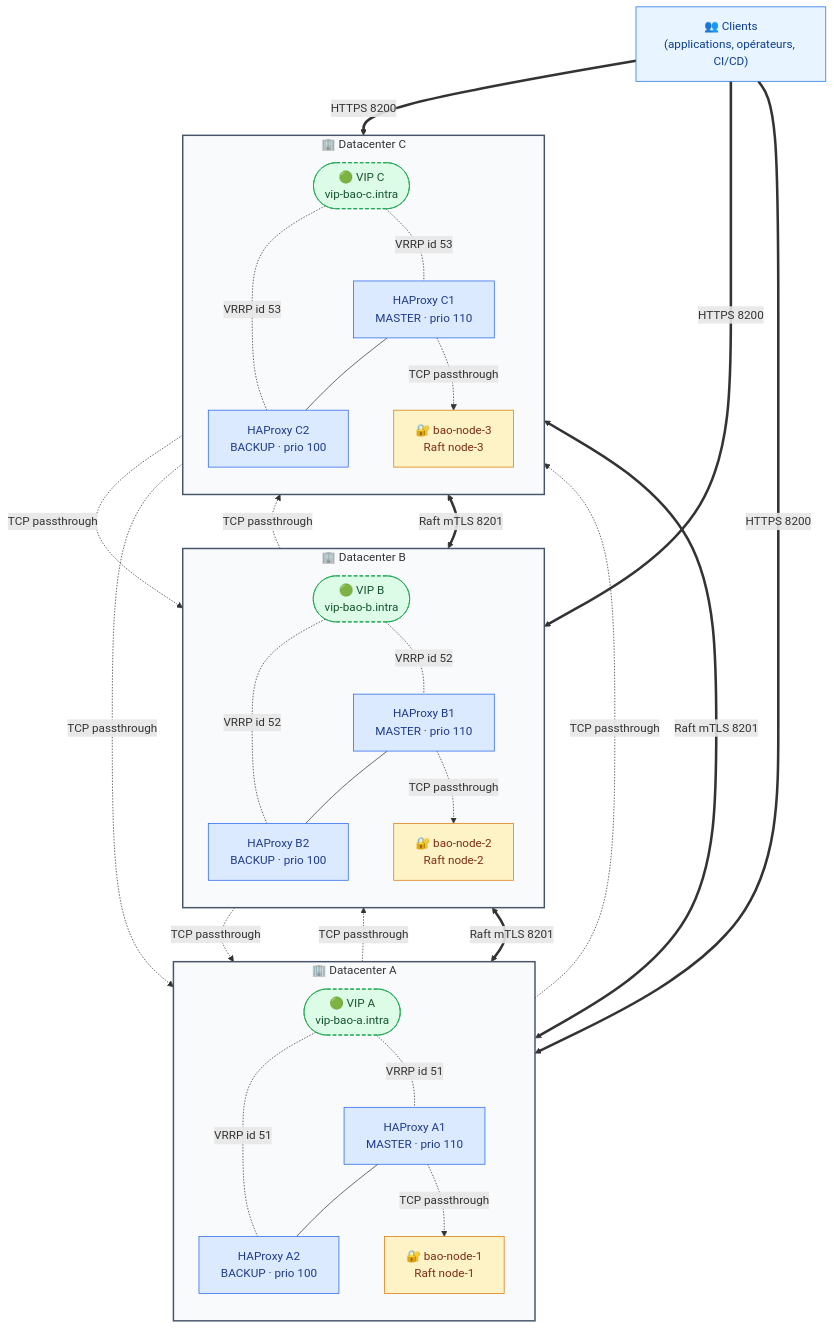
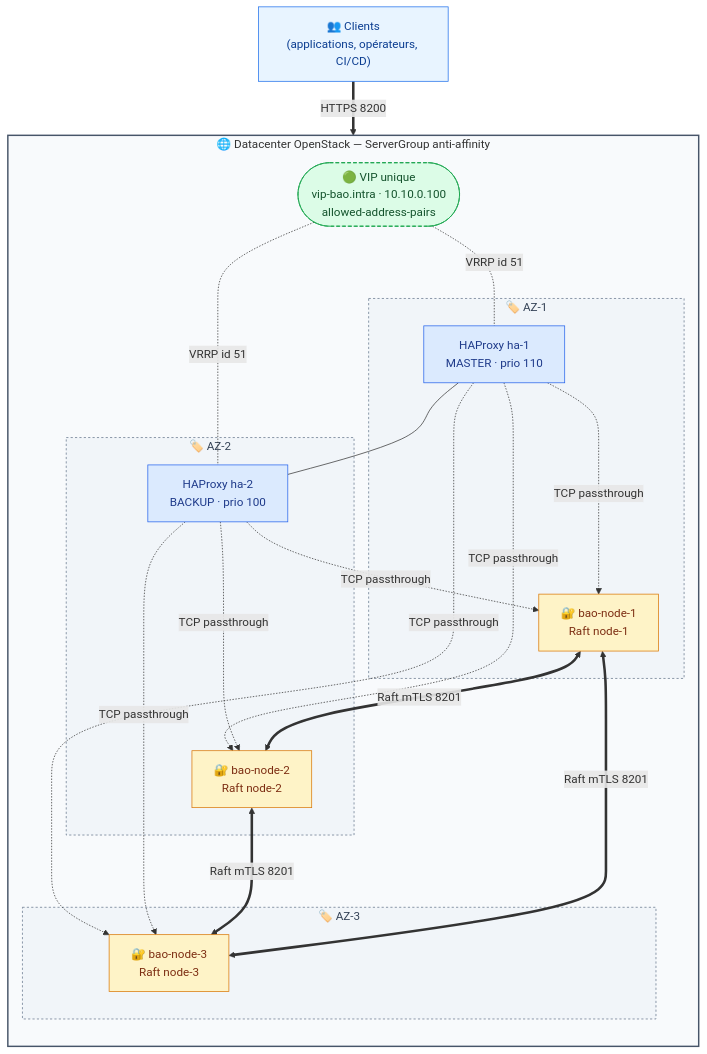
Before and after one commit to massinissa-boutrig/OpenBao: the diagram in openbao-ha/README.md, drawn with Mermaid. The commit also changed other lines of this file and 8 other files, not shown here.

First line of the commit message:
refactor: bascule mono-DC sur OpenStack (3 AZ anti-affinity)

````diff
--- a/openbao-ha/README.md
+++ b/openbao-ha/README.md
@@ -47,63 +47,50 @@
 ```mermaid
 flowchart TB
     classDef client fill:#e8f4ff,stroke:#1f6feb,color:#0b3d91
     classDef vip fill:#dcfce7,stroke:#16a34a,stroke-dasharray:5 3,color:#14532d
     classDef ha fill:#dbeafe,stroke:#2563eb,color:#1e3a8a
     classDef bao fill:#fef3c7,stroke:#d97706,color:#7c2d12
+    classDef az fill:#f1f5f9,stroke:#64748b,stroke-dasharray:3 3,color:#334155
     classDef dc fill:#f8fafc,stroke:#475569,stroke-width:2px
 
     Clients["👥 Clients<br/>(applications, opérateurs, CI/CD)"]:::client
 
-    subgraph DC_A ["🏢 Datacenter A"]
+    subgraph DC ["🌐 Datacenter OpenStack — ServerGroup anti-affinity"]
         direction TB
-        VIPA(["🟢 VIP A<br/>vip-bao-a.intra"]):::vip
-        HAA1["HAProxy A1<br/>MASTER · prio 110"]:::ha
-        HAA2["HAProxy A2<br/>BACKUP · prio 100"]:::ha
-        BAOA["🔐 bao-node-1<br/>Raft node-1"]:::bao
-        VIPA -.VRRP id 51.- HAA1
-        VIPA -.VRRP id 51.- HAA2
-        HAA1 --- HAA2
+        VIP(["🟢 VIP unique<br/>vip-bao.intra · 10.10.0.100<br/>allowed-address-pairs"]):::vip
+
+        subgraph AZ1 ["🏷️ AZ-1"]
+            HA1["HAProxy ha-1<br/>MASTER · prio 110"]:::ha
+            BAO1["🔐 bao-node-1<br/>Raft node-1"]:::bao
+        end
+
+        subgraph AZ2 ["🏷️ AZ-2"]
+            HA2["HAProxy ha-2<br/>BACKUP · prio 100"]:::ha
+            BAO2["🔐 bao-node-2<br/>Raft node-2"]:::bao
+        end
+
+        subgraph AZ3 ["🏷️ AZ-3"]
+            BAO3["🔐 bao-node-3<br/>Raft node-3"]:::bao
+        end
+
+        VIP -.VRRP id 51.- HA1
+        VIP -.VRRP id 51.- HA2
+        HA1 --- HA2
     end
 
-    subgraph DC_B ["🏢 Datacenter B"]
-        direction TB
-        VIPB(["🟢 VIP B<br/>vip-bao-b.intra"]):::vip
-        HAB1["HAProxy B1<br/>MASTER · prio 110"]:::ha
-        HAB2["HAProxy B2<br/>BACKUP · prio 100"]:::ha
-        BAOB["🔐 bao-node-2<br/>Raft node-2"]:::bao
-        VIPB -.VRRP id 52.- HAB1
-        VIPB -.VRRP id 52.- HAB2
-        HAB1 --- HAB2
-    end
+    class DC dc
+    class AZ1,AZ2,AZ3 az
 
-    subgraph DC_C ["🏢 Datacenter C"]
-        direction TB
-        VIPC(["🟢 VIP C<br/>vip-bao-c.intra"]):::vip
-        HAC1["HAProxy C1<br/>MASTER · prio 110"]:::ha
-        HAC2["HAProxy C2<br/>BACKUP · prio 100"]:::ha
-        BAOC["🔐 bao-node-3<br/>Raft node-3"]:::bao
-        VIPC -.VRRP id 53.- HAC1
-        VIPC -.VRRP id 53.- HAC2
-        HAC1 --- HAC2
-    end
+    Clients ==>|HTTPS 8200| VIP
 
-    class DC_A,DC_B,DC_C dc
+    HA1 -.TCP passthrough.-> BAO1
+    HA1 -.TCP passthrough.-> BAO2
+    HA1 -.TCP passthrough.-> BAO3
+    HA2 -.TCP passthrough.-> BAO1
+    HA2 -.TCP passthrough.-> BAO2
+    HA2 -.TCP passthrough.-> BAO3
 
-    Clients ==>|HTTPS 8200| VIPA
-    Clients ==>|HTTPS 8200| VIPB
-    Clients ==>|HTTPS 8200| VIPC
-
-    HAA1 -.TCP passthrough.-> BAOA
-    HAA1 -.TCP passthrough.-> BAOB
-    HAA1 -.TCP passthrough.-> BAOC
-    HAB1 -.TCP passthrough.-> BAOA
-    HAB1 -.TCP passthrough.-> BAOB
-    HAB1 -.TCP passthrough.-> BAOC
-    HAC1 -.TCP passthrough.-> BAOA
-    HAC1 -.TCP passthrough.-> BAOB
-    HAC1 -.TCP passthrough.-> BAOC
-
-    BAOA <==>|Raft mTLS 8201| BAOB
-    BAOB <==>|Raft mTLS 8201| BAOC
-    BAOA <==>|Raft mTLS 8201| BAOC
+    BAO1 <==>|Raft mTLS 8201| BAO2
+    BAO2 <==>|Raft mTLS 8201| BAO3
+    BAO1 <==>|Raft mTLS 8201| BAO3
 ```
````
